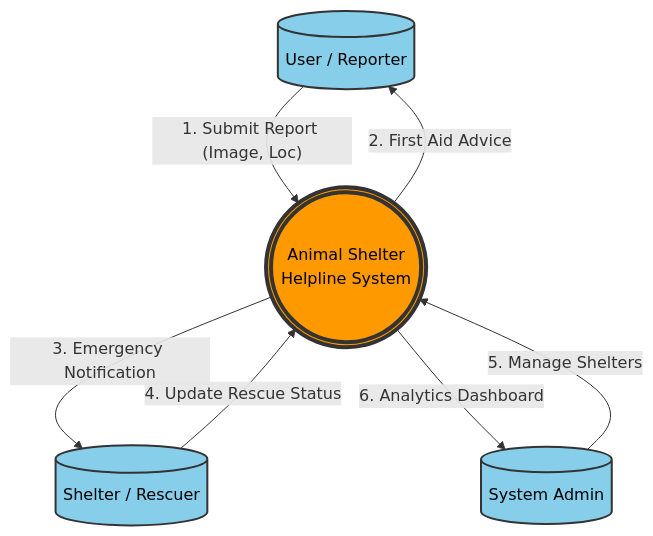
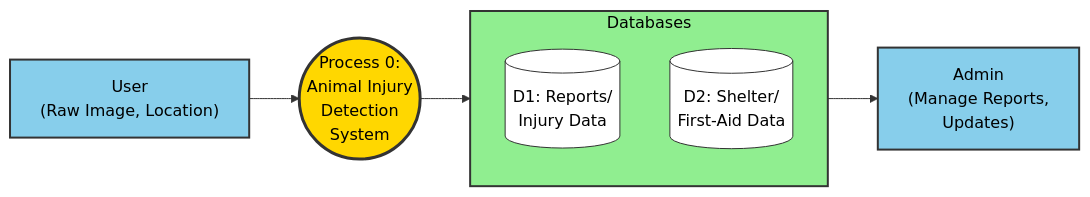
The first of 3 diagrams in dfd_diagrams.md (jattu8602/animal-helpline), drawn with Mermaid before and after one commit. The commit also changed other lines of this file, not shown here.

Commit message:
docs: Update DFD context and level 1 diagrams with new structures and flows.

````diff
--- a/dfd_diagrams.md
+++ b/dfd_diagrams.md
@@ -12,26 +12,28 @@
 ```mermaid
-graph TD
-    %% Entities
-    User[("User / Reporter")]
-    Shelter[("Shelter / Rescuer")]
-    Admin[("System Admin")]
+graph LR
+    %% Nodes
+    User["User<br/>(Raw Image, Location)"]
 
-    %% Main System
-    System((("Animal Shelter<br/>Helpline System")))
+    Process((Process 0:<br/>Animal Injury<br/>Detection<br/>System))
+
+    subgraph DB_Block [Databases]
+        direction TB
+        D1[("D1: Reports/<br/>Injury Data")]
+        D2[("D2: Shelter/<br/>First-Aid Data")]
+    end
+
+    Admin["Admin<br/>(Manage Reports,<br/>Updates)"]
 
     %% Flows
-    User -->|"1. Submit Report (Image, Loc)"| System
-    System -->|"2. First Aid Advice"| User
-
-    System -->|"3. Emergency Notification"| Shelter
-    Shelter -->|"4. Update Rescue Status"| System
-
-    Admin -->|"5. Manage Shelters"| System
-    System -->|"6. Analytics Dashboard"| Admin
+    User --> Process
+    Process --> DB_Block
+    DB_Block --> Admin
 
     %% Styling
-    style System fill:#ff9900,stroke:#333,stroke-width:4px,color:black
+    style Process fill:#FFD700,stroke:#333,stroke-width:3px,color:black
     style User fill:#87CEEB,stroke:#333,stroke-width:2px,color:black
-    style Shelter fill:#87CEEB,stroke:#333,stroke-width:2px,color:black
     style Admin fill:#87CEEB,stroke:#333,stroke-width:2px,color:black
+    style DB_Block fill:#90EE90,stroke:#333,stroke-width:2px,color:black
+    style D1 fill:#ffffff,stroke:#333,stroke-width:1px,color:black
+    style D2 fill:#ffffff,stroke:#333,stroke-width:1px,color:black
 ```
````
